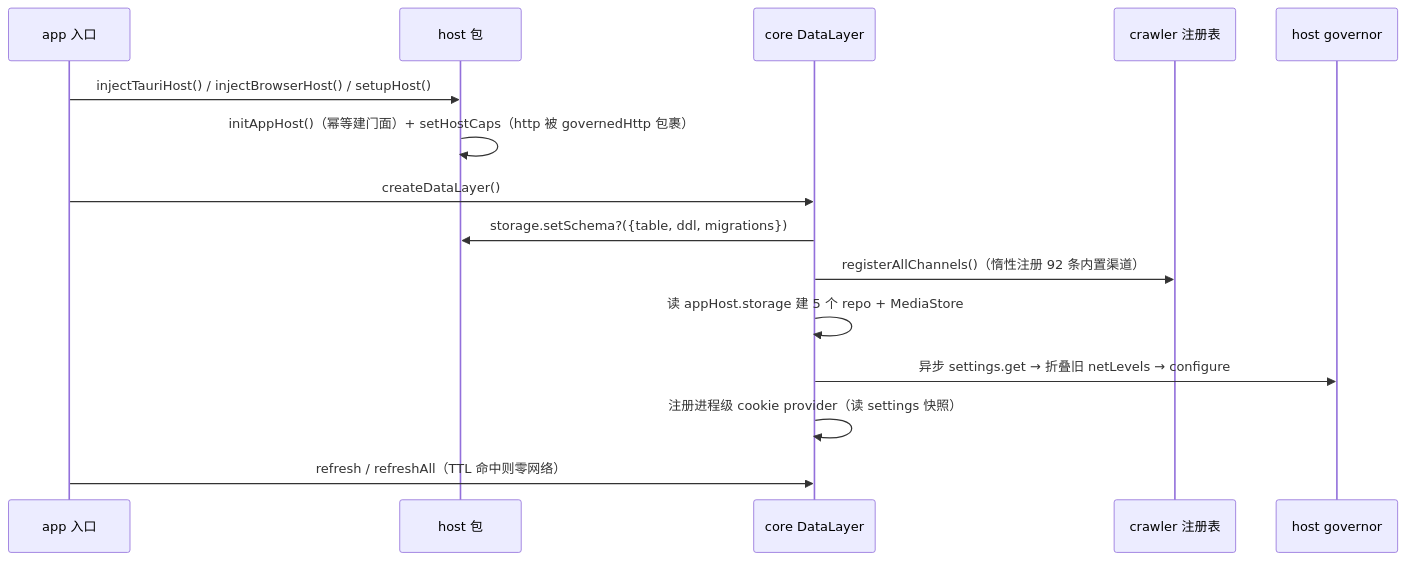
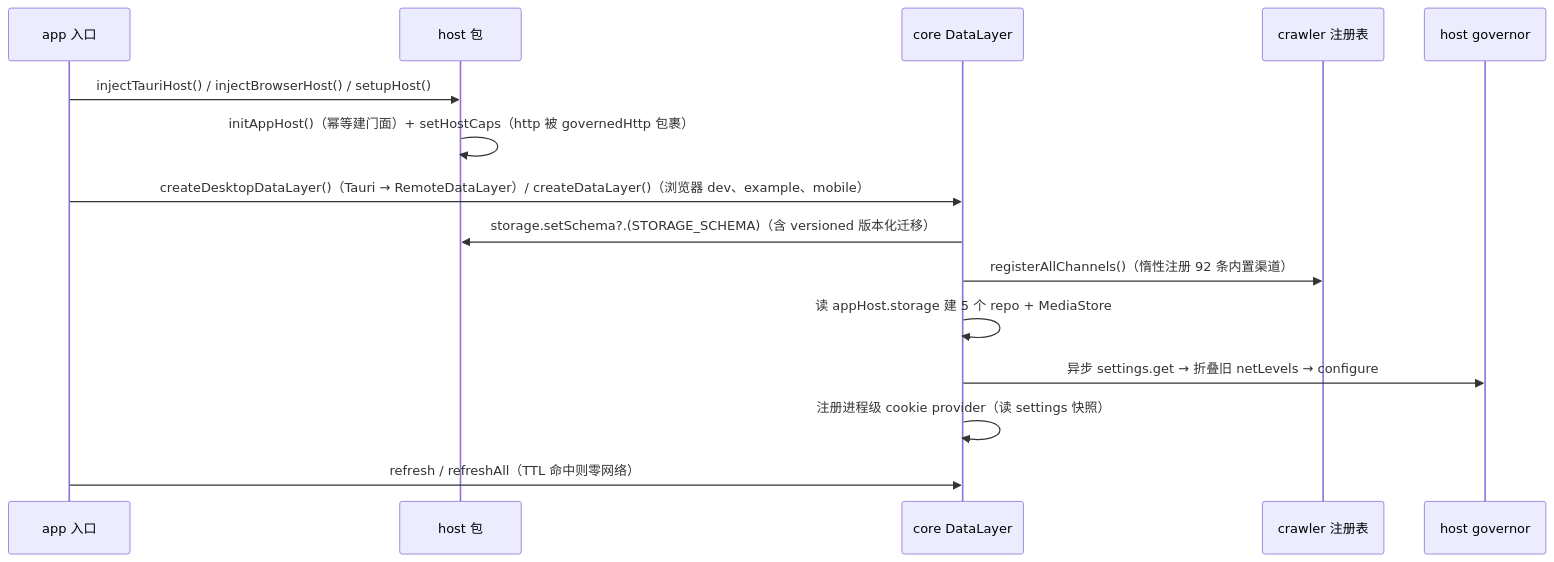
One commit to sakiko999/tauri-rss changed the first of 2 diagrams in docs/architecture/system/00-overview.md. Above: the diagram before and after it, drawn with Mermaid. The commit also changed other lines of this file and 33 other files, not shown here.

````diff
--- a/docs/architecture/system/00-overview.md
+++ b/docs/architecture/system/00-overview.md
@@ -144,17 +75,17 @@
 ```mermaid
 sequenceDiagram
   participant E as app 入口
   participant H as host 包
   participant D as core DataLayer
   participant C as crawler 注册表
   participant G as host governor
   E->>H: injectTauriHost() / injectBrowserHost() / setupHost()
   H->>H: initAppHost()（幂等建门面）+ setHostCaps（http 被 governedHttp 包裹）
-  E->>D: createDataLayer()
-  D->>H: storage.setSchema?({table, ddl, migrations})
+  E->>D: createDesktopDataLayer()（Tauri → RemoteDataLayer）/ createDataLayer()（浏览器 dev、example、mobile）
+  D->>H: storage.setSchema?.(STORAGE_SCHEMA)（含 versioned 版本化迁移）
   D->>C: registerAllChannels()（惰性注册 92 条内置渠道）
   D->>D: 读 appHost.storage 建 5 个 repo + MediaStore
   D->>G: 异步 settings.get → 折叠旧 netLevels → configure
   D->>D: 注册进程级 cookie provider（读 settings 快照）
   E->>D: refresh / refreshAll（TTL 命中则零网络）
 ```
````
